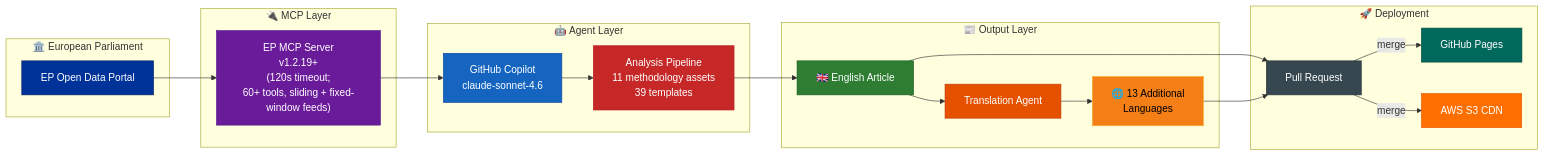
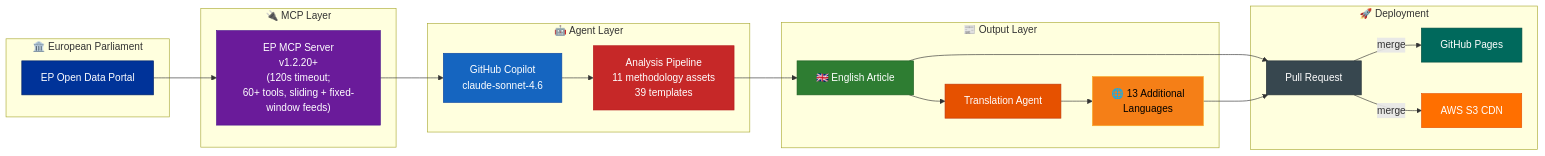
One commit to Hack23/euparliamentmonitor changed diagram 22 of 22 in WORKFLOWS.md. Above: the diagram before and after it, drawn with Mermaid. The commit also changed other lines of this file and 79 other files, not shown here.

First line of the commit message:
chore: update all european-parliament-mcp-server version references from 1.2.19 to 1.2.20

````diff
--- a/WORKFLOWS.md
+++ b/WORKFLOWS.md
@@ -2012,42 +2012,42 @@
 ```mermaid
 flowchart LR
     subgraph "🏛️ European Parliament"
         EP["EP Open Data Portal"]
     end
 
     subgraph "🔌 MCP Layer"
-        MCP["EP MCP Server<br/>v1.2.19+<br/>(120s timeout;<br/>60+ tools, sliding + fixed-window feeds)"]
+        MCP["EP MCP Server<br/>v1.2.20+<br/>(120s timeout;<br/>60+ tools, sliding + fixed-window feeds)"]
     end
 
     subgraph "🤖 Agent Layer"
         Agent["GitHub Copilot<br/>claude-sonnet-4.6"]
         Analyze["Analysis Pipeline<br/>11 methodology assets<br/>39 templates"]
     end
 
     subgraph "📰 Output Layer"
         EN["🇬🇧 English Article"]
         Translate["Translation Agent"]
         Multi["🌐 13 Additional<br/>Languages"]
     end
 
     subgraph "🚀 Deployment"
         PR["Pull Request"]
         Pages["GitHub Pages"]
         S3["AWS S3 CDN"]
     end
 
     EP --> MCP --> Agent --> Analyze --> EN --> PR
     EN --> Translate --> Multi --> PR
     PR --> |"merge"| Pages & S3
 
     style EP fill:#003399,stroke:#002266,color:#FFFFFF
     style MCP fill:#6A1B9A,stroke:#4A148C,color:#FFFFFF
     style Agent fill:#1565C0,stroke:#0D47A1,color:#FFFFFF
     style Analyze fill:#C62828,stroke:#B71C1C,color:#FFFFFF
     style EN fill:#2E7D32,stroke:#1B5E20,color:#FFFFFF
     style Translate fill:#E65100,stroke:#BF360C,color:#FFFFFF
     style Multi fill:#F57F17,stroke:#F9A825,color:#000000
     style PR fill:#37474F,stroke:#263238,color:#FFFFFF
     style Pages fill:#00695C,stroke:#004D40,color:#FFFFFF
     style S3 fill:#FF6F00,stroke:#E65100,color:#FFFFFF
 ```
````
